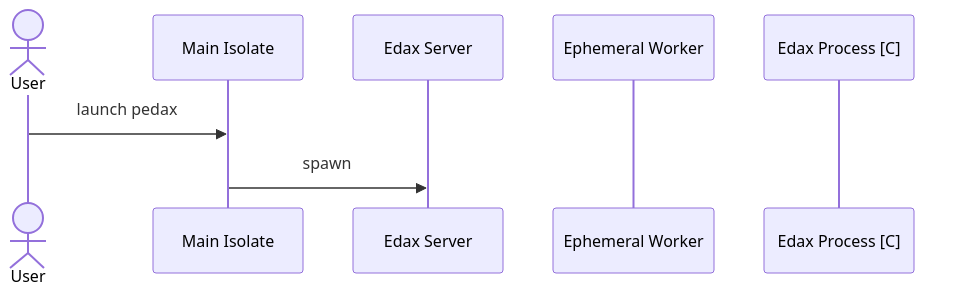
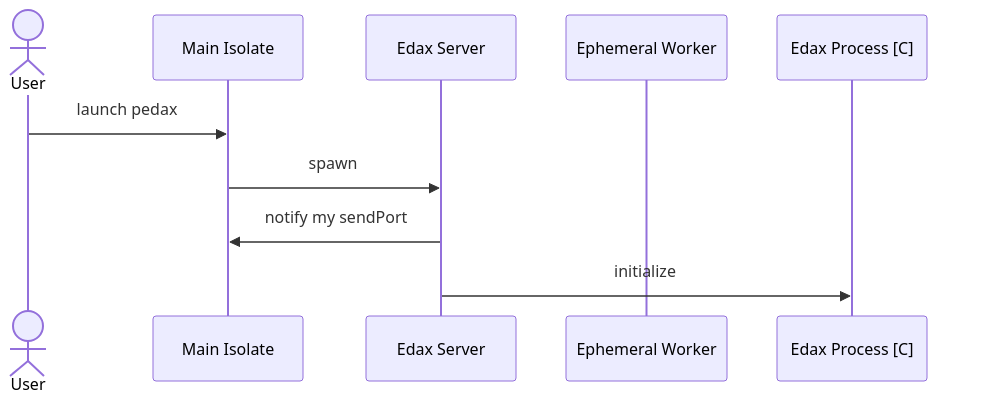
Before and after one commit to sensuikan1973/pedax: the diagram in README.md, drawn with Mermaid.

````diff
--- a/README.md
+++ b/README.md
@@ -50,20 +50,22 @@
 ```mermaid
 %% https://mermaid-js.github.io/mermaid/#/sequenceDiagram
 sequenceDiagram
   actor User
 
   participant MainIsolate as Main Isolate
   participant EdaxServer as Edax Server
   participant EphemeralWorker as Ephemeral Worker
   participant EdaxProcess as Edax Process [C]
 
   link EdaxServer: source @ https://github.com/sensuikan1973/pedax/tree/main/lib/engine
   link EphemeralWorker: source @ https://github.com/sensuikan1973/pedax/tree/main/lib/engine
   link EdaxProcess: binding source (Dart) @ https://github.com/sensuikan1973/libedax4dart
   link EdaxProcess: origin source(C) @ https://github.com/sensuikan1973/edax-reversi/tree/libedax_sensuikan1973
 
   User ->> MainIsolate: launch pedax
   MainIsolate ->> EdaxServer: spawn
+  EdaxServer ->> MainIsolate: notify my sendPort
+  EdaxServer ->> EdaxProcess: initialize
 
   %% TODO: write
 ```
````
